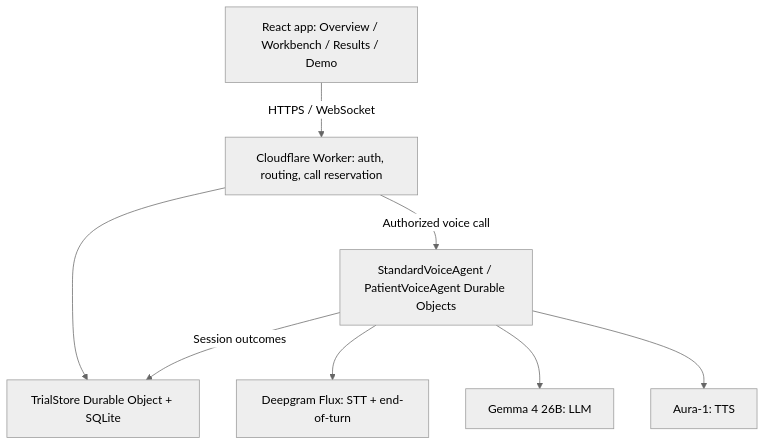
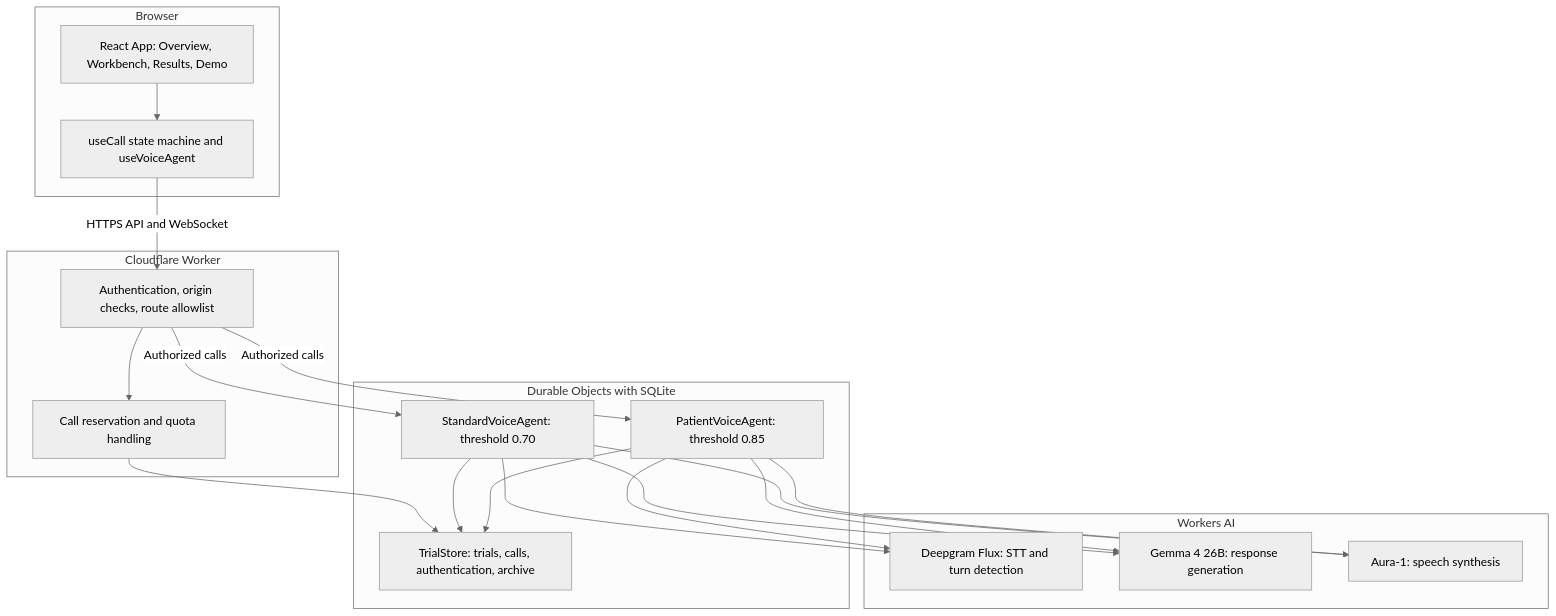
Before and after one commit to Dakshkumar24/pacelab: the first of 2 diagrams in README.md, drawn with Mermaid (neutral theme). The commit also changed other lines of this file, not shown here.

````diff
--- a/README.md
+++ b/README.md
@@ -138,17 +207,42 @@
 ```mermaid
 flowchart TB
-  B["React app: Overview / Workbench / Results / Demo"]
-  W["Cloudflare Worker: auth, routing, call reservation"]
-  S["TrialStore Durable Object + SQLite"]
-  A["StandardVoiceAgent / PatientVoiceAgent Durable Objects"]
-  F["Deepgram Flux: STT + end-of-turn"]
-  L["Gemma 4 26B: LLM"]
-  T["Aura-1: TTS"]
-  B -->|"HTTPS / WebSocket"| W
-  W --> S
-  W -->|"Authorized voice call"| A
-  A --> F
-  A --> L
-  A --> T
-  A -->|"Session outcomes"| S
+  subgraph Browser
+    UI["React App: Overview, Workbench, Results, Demo"]
+    Hook["useCall state machine and useVoiceAgent"]
+  end
+
+  subgraph Worker["Cloudflare Worker"]
+    Gate["Authentication, origin checks, route allowlist"]
+    Reserve["Call reservation and quota handling"]
+  end
+
+  subgraph Storage["Durable Objects with SQLite"]
+    Store["TrialStore: trials, calls, authentication, archive"]
+    Standard["StandardVoiceAgent: threshold 0.70"]
+    Patient["PatientVoiceAgent: threshold 0.85"]
+  end
+
+  subgraph AI["Workers AI"]
+    Flux["Deepgram Flux: STT and turn detection"]
+    Gemma["Gemma 4 26B: response generation"]
+    Aura["Aura-1: speech synthesis"]
+  end
+
+  UI --> Hook
+  Hook -->|"HTTPS API and WebSocket"| Gate
+  Gate --> Reserve
+  Reserve --> Store
+  Gate -->|"Authorized calls"| Standard
+  Gate -->|"Authorized calls"| Patient
+
+  Standard --> Flux
+  Standard --> Gemma
+  Standard --> Aura
+
+  Patient --> Flux
+  Patient --> Gemma
+  Patient --> Aura
+
+  Standard --> Store
+  Patient --> Store
 ```
````
